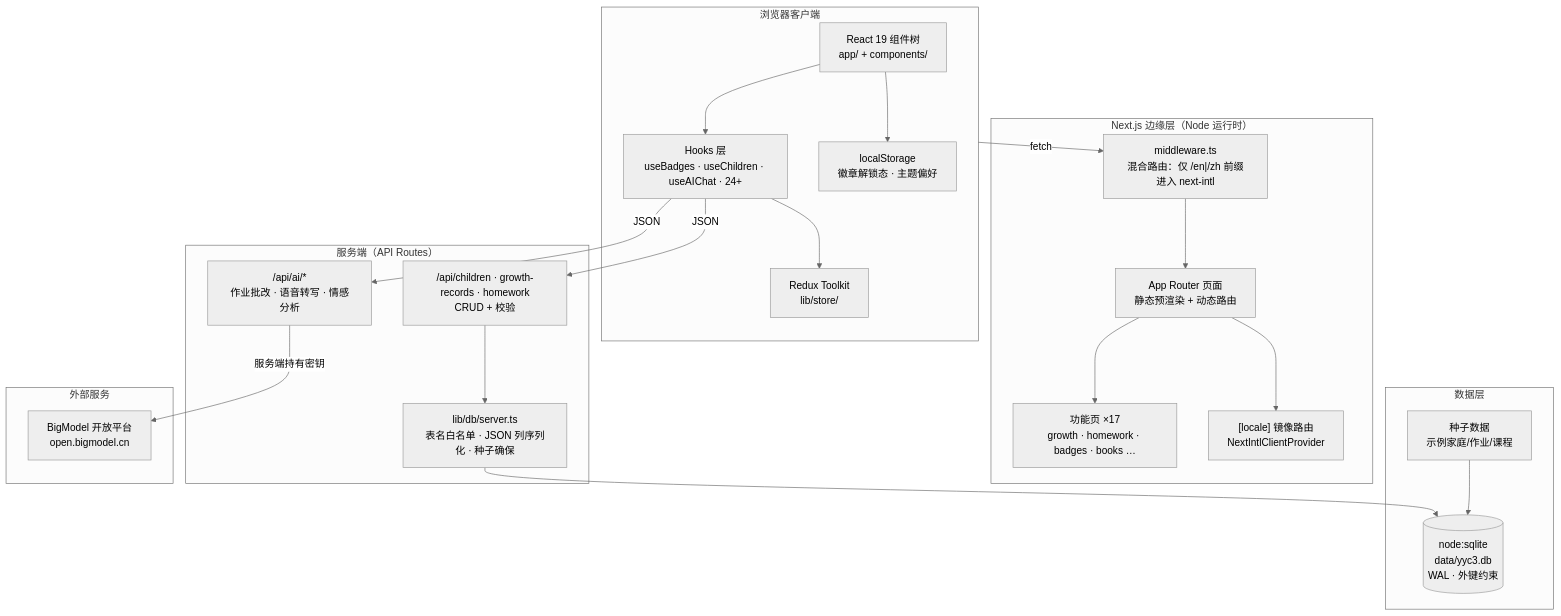
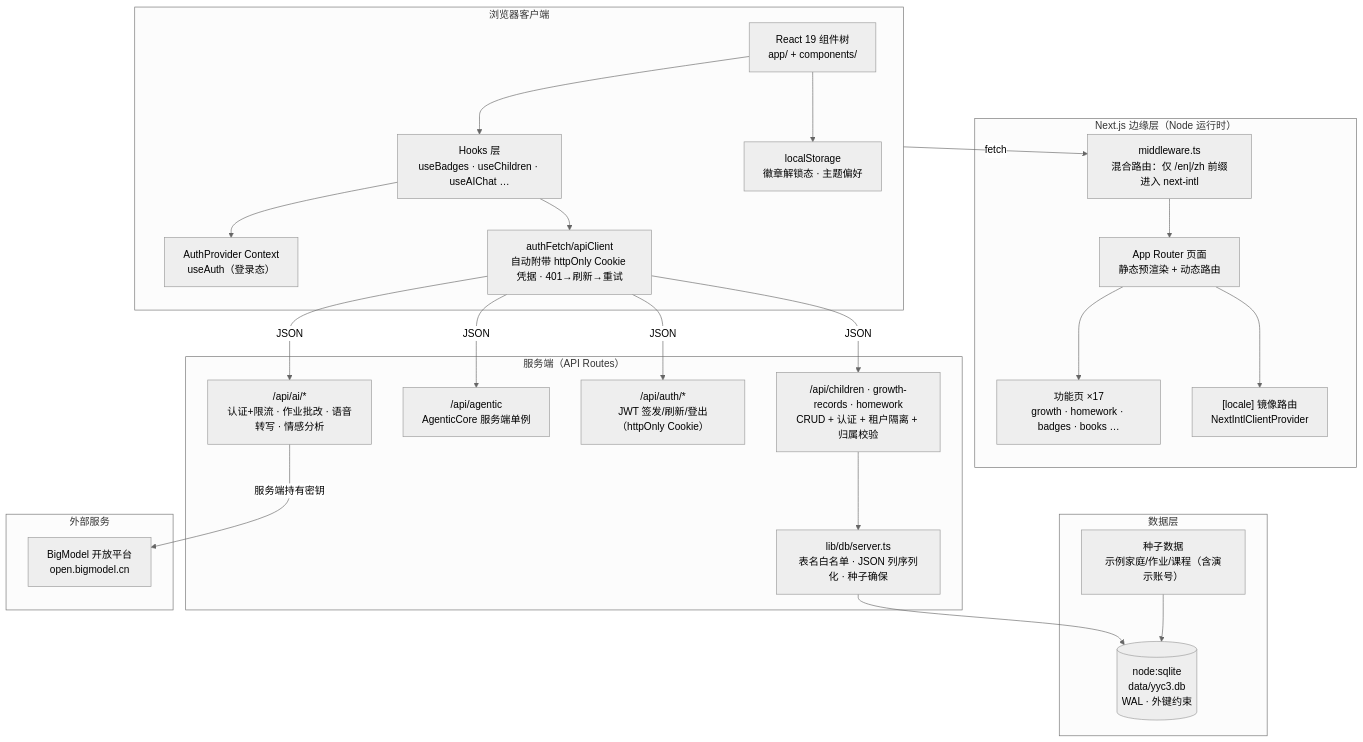
The first of 8 diagrams in docs/developer/02-architecture.md (YYC-Cube/YYC3-Baby), drawn with Mermaid (neutral theme) before and after one commit. The commit also changed 10 other files, not shown here.

````diff
--- a/docs/developer/02-architecture.md
+++ b/docs/developer/02-architecture.md
@@ -7,40 +7,44 @@
 ```mermaid
 flowchart TB
     subgraph Client["浏览器客户端"]
         UI["React 19 组件树<br/>app/ + components/"]
-        Hooks["Hooks 层<br/>useBadges · useChildren · useAIChat · 24+"]
-        Store["Redux Toolkit<br/>lib/store/"]
+        Hooks["Hooks 层<br/>useBadges · useChildren · useAIChat …"]
+        Auth["AuthProvider Context<br/>useAuth（登录态）"]
+        AF["authFetch/apiClient<br/>自动附带 httpOnly Cookie 凭据 · 401→刷新→重试"]
         LS["localStorage<br/>徽章解锁态 · 主题偏好"]
     end
 
     subgraph Edge["Next.js 边缘层（Node 运行时）"]
         MW["middleware.ts<br/>混合路由：仅 /en|/zh 前缀进入 next-intl"]
         RSC["App Router 页面<br/>静态预渲染 + 动态路由"]
         Pages["功能页 ×17<br/>growth · homework · badges · books …"]
         I18N["[locale] 镜像路由<br/>NextIntlClientProvider"]
     end
 
     subgraph Server["服务端（API Routes）"]
-        AIAPI["/api/ai/*<br/>作业批改 · 语音转写 · 情感分析"]
-        CRUD["/api/children · growth-records · homework<br/>CRUD + 校验"]
+        AIAPI["/api/ai/*<br/>认证+限流 · 作业批改 · 语音转写 · 情感分析"]
+        AG["/api/agentic<br/>AgenticCore 服务端单例"]
+        AuthAPI["/api/auth/*<br/>JWT 签发/刷新/登出（httpOnly Cookie）"]
+        CRUD["/api/children · growth-records · homework<br/>CRUD + 认证 + 租户隔离 + 归属校验"]
         DBL["lib/db/server.ts<br/>表名白名单 · JSON 列序列化 · 种子确保"]
     end
 
     subgraph Data["数据层"]
         SQLite[("node:sqlite<br/>data/yyc3.db<br/>WAL · 外键约束")]
-        Seed["种子数据<br/>示例家庭/作业/课程"]
+        Seed["种子数据<br/>示例家庭/作业/课程（含演示账号）"]
     end
 
     subgraph External["外部服务"]
         BigModel["BigModel 开放平台<br/>open.bigmodel.cn"]
     end
 
-    UI --> Hooks --> Store
+    UI --> Hooks --> Auth
+    Hooks --> AF
     UI --> LS
     Client -->|fetch| MW --> RSC --> Pages
     RSC --> I18N
-    Hooks -->|JSON| AIAPI & CRUD
+    AF -->|JSON| AIAPI & CRUD & AuthAPI & AG
     AIAPI -->|服务端持有密钥| BigModel
     CRUD --> DBL --> SQLite
     Seed --> SQLite
 ```
````
